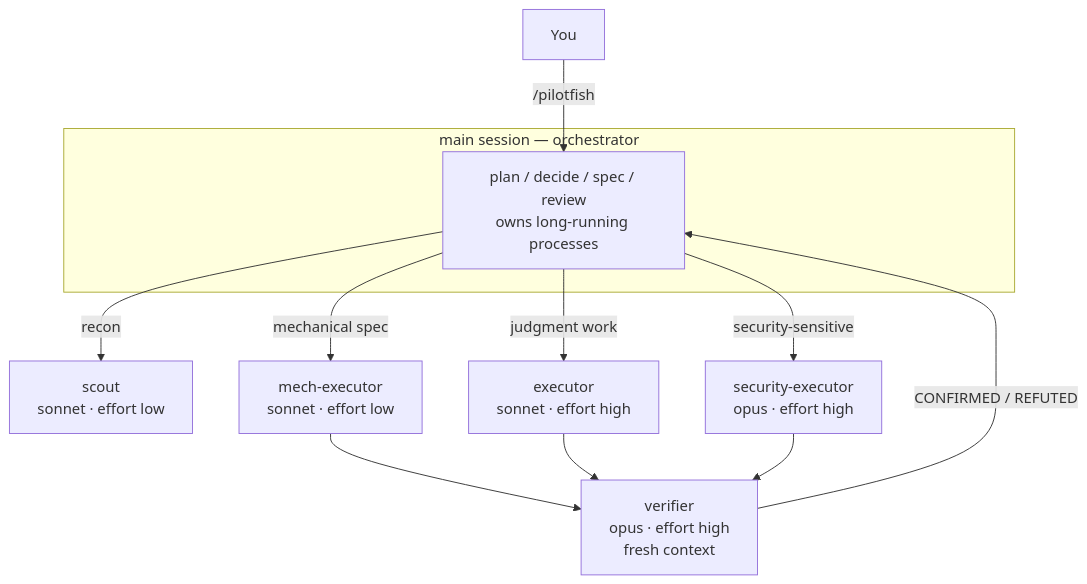
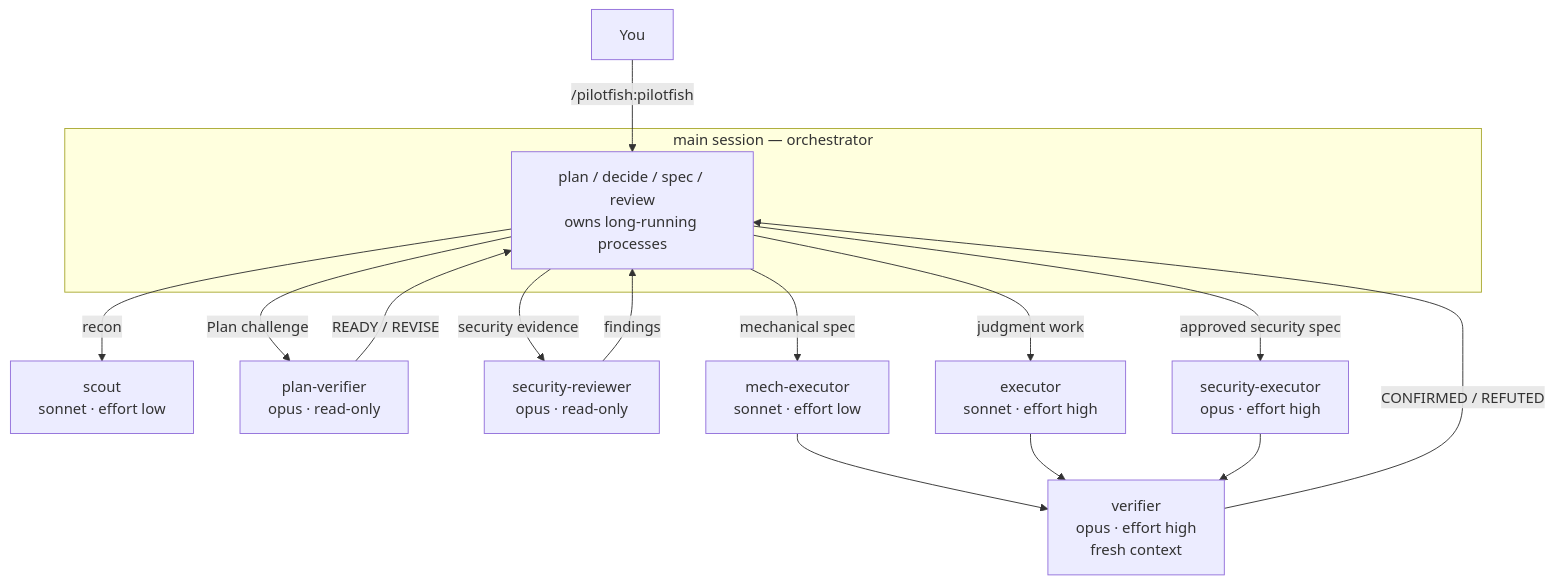
The diagram in README.md (Nanako0129/pilotfish), drawn with Mermaid before and after one commit. The commit also changed other lines of this file and 7 other files, not shown here.

````diff
--- a/README.md
+++ b/README.md
@@ -34,15 +36,19 @@
 ```mermaid
 flowchart TD
-    U[You] -->|/pilotfish| O
+    U[You] -->|/pilotfish:pilotfish| O
     subgraph MAIN["main session — orchestrator"]
         O["plan / decide / spec / review<br>owns long-running processes"]
     end
     O -->|recon| S["scout<br>sonnet · effort low"]
+    O -->|Plan challenge| PV["plan-verifier<br>opus · read-only"]
+    PV -->|READY / REVISE| O
+    O -->|security evidence| SR["security-reviewer<br>opus · read-only"]
+    SR -->|findings| O
     O -->|mechanical spec| M["mech-executor<br>sonnet · effort low"]
     O -->|judgment work| E["executor<br>sonnet · effort high"]
-    O -->|security-sensitive| SEC["security-executor<br>opus · effort high"]
+    O -->|approved security spec| SEC["security-executor<br>opus · effort high"]
     M --> V["verifier<br>opus · effort high<br>fresh context"]
     E --> V
     SEC --> V
     V -->|CONFIRMED / REFUTED| O
 ```
````
